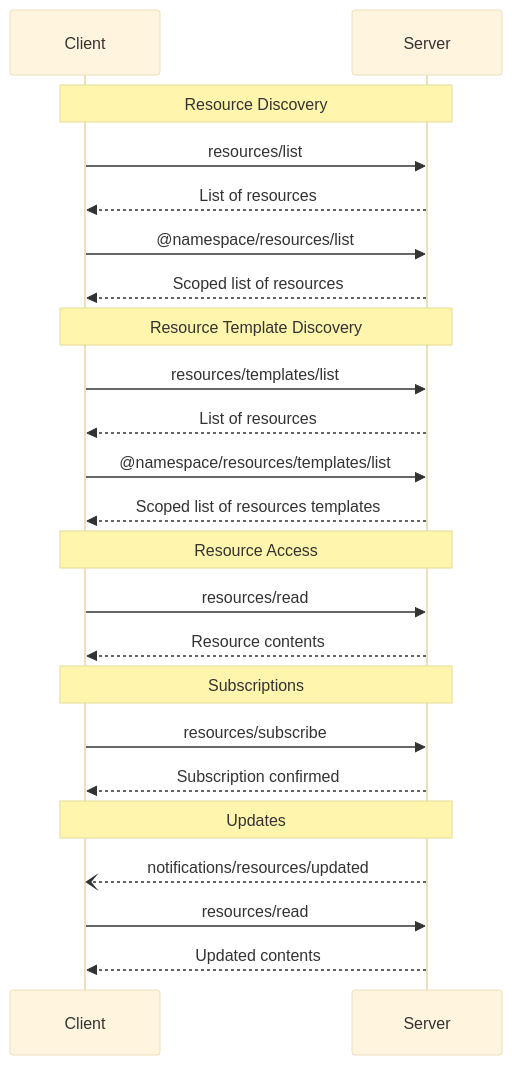
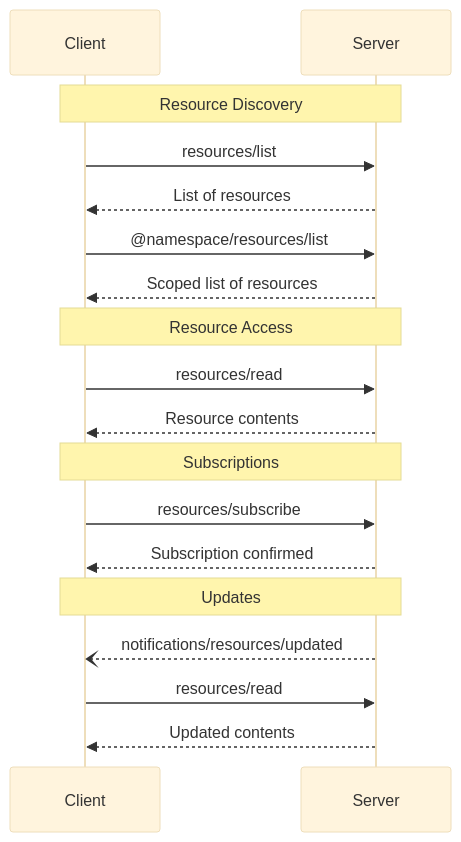
Before and after one commit to modelcontextprotocol/specification: the diagram in docs/specification/draft/server/resources.mdx, drawn with Mermaid (base theme). The commit also changed 1 other file, not shown here.

````diff
--- a/docs/specification/draft/server/resources.mdx
+++ b/docs/specification/draft/server/resources.mdx
@@ -244,30 +244,24 @@
 ```mermaid
 sequenceDiagram
     participant Client
     participant Server
 
     Note over Client,Server: Resource Discovery
     Client->>Server: resources/list
     Server-->>Client: List of resources
     Client->>Server: @namespace/resources/list
     Server-->>Client: Scoped list of resources
-
-    Note over Client,Server: Resource Template Discovery
-    Client->>Server: resources/templates/list
-    Server-->>Client: List of resources
-    Client->>Server: @namespace/resources/templates/list
-    Server-->>Client: Scoped list of resources templates
 
     Note over Client,Server: Resource Access
     Client->>Server: resources/read
     Server-->>Client: Resource contents
 
     Note over Client,Server: Subscriptions
     Client->>Server: resources/subscribe
     Server-->>Client: Subscription confirmed
 
     Note over Client,Server: Updates
     Server--)Client: notifications/resources/updated
     Client->>Server: resources/read
     Server-->>Client: Updated contents
 ```
````
